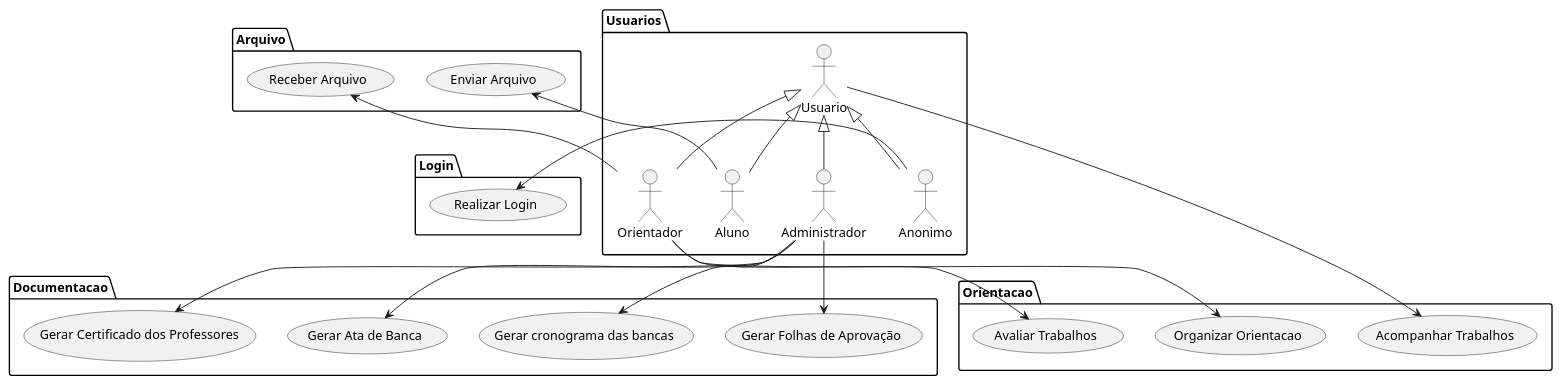
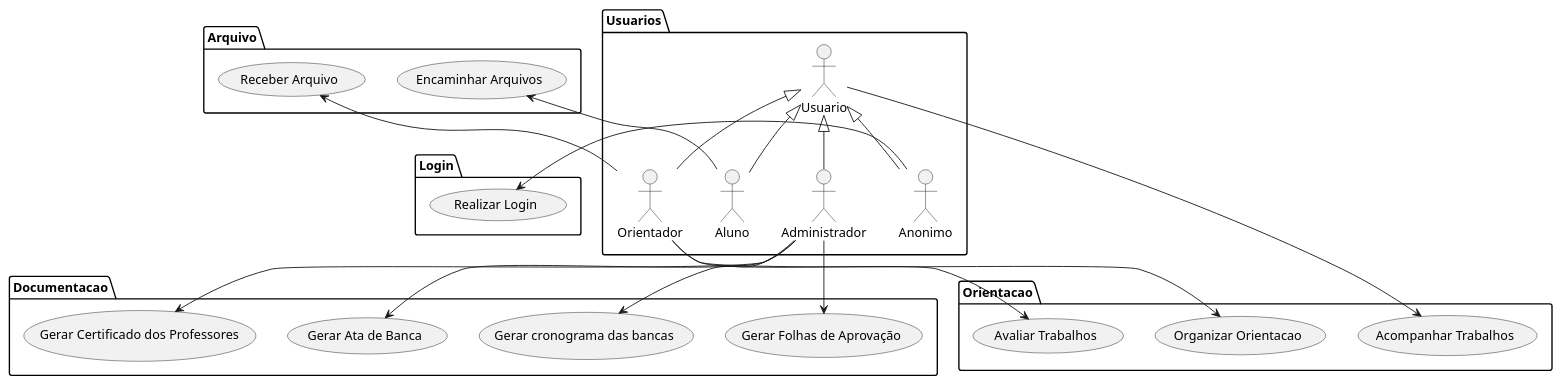
The diagram in reqs.md (ProjetoEngSoftwareTCCs/ProjetoEngSoftware), drawn with PlantUML before and after one commit. The commit also changed other lines of this file, not shown here.

````diff
--- a/reqs.md
+++ b/reqs.md
@@ -20,45 +20,45 @@
 ```plantuml
 @startuml AcompanhamentoTcc
 
 package Login{
     usecase "Realizar Login" as UC1
 }
 package Usuarios{
     actor Usuario as usu
     actor Anonimo as anon
     actor Administrador as admin
     actor Aluno as aluno
     actor Orientador as ori
 }
 package Orientacao{ 
     usecase "Organizar Orientacao" as UC5
     usecase "Acompanhar Trabalhos" as UC6
     usecase "Avaliar Trabalhos" as UC7
 }
 package Documentacao{
     usecase "Gerar Ata de Banca" as UC8
     usecase "Gerar Certificado dos Professores" as UC9
     usecase "Gerar Folhas de Aprovação" as UC10
     usecase "Gerar cronograma das bancas" as UC11
 }
 package Arquivo{
-    usecase "Enviar Arquivo" as UC12
+    usecase "Encaminhar Arquivos" as UC12
     usecase "Receber Arquivo" as UC13
 }
 
 usu <|-- anon
 usu <|-- admin
 usu <|-- aluno
 usu <|-- ori
 UC1 <- anon
 admin --> UC8
 admin --> UC9
 admin --> UC10
 admin --> UC11
 UC12 <-- aluno
 UC13 <-- ori
 ori --> UC5
 ori --> UC7
 usu --> UC6
 @enduml
 ```
````
